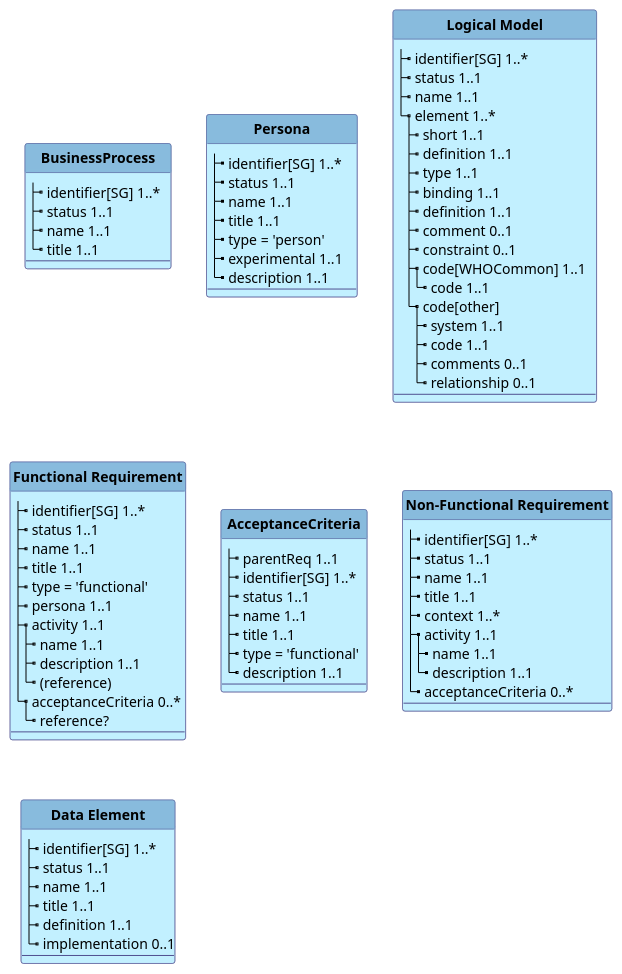
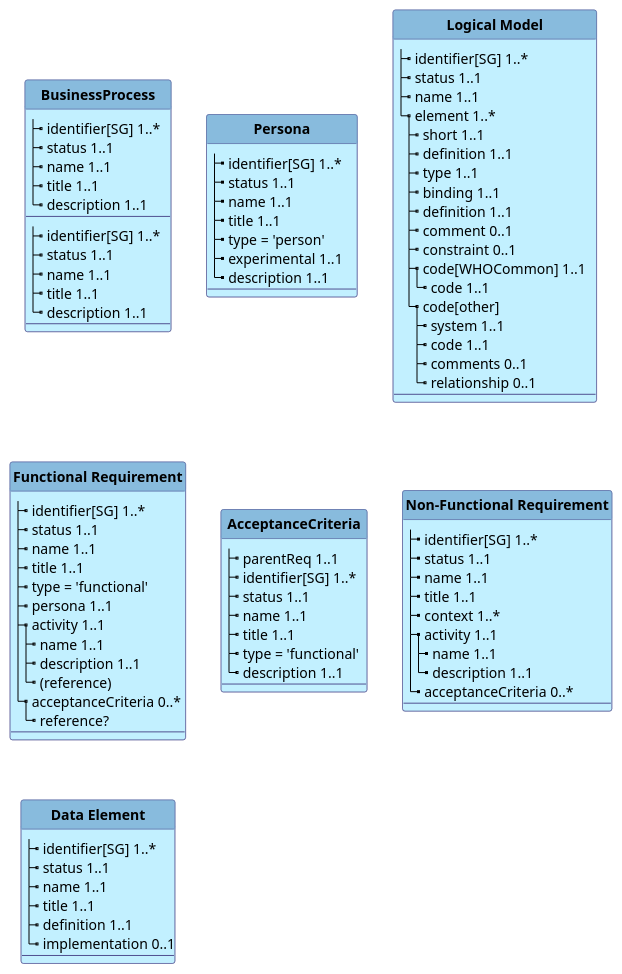
Before and after one commit to WorldHealthOrganization/smart-ig-starter-kit: the diagram in input/images-source/model_overall.plantuml, drawn with PlantUML. The commit also changed 4 other files, not shown here.

```diff
--- a/input/images-source/model_overall.plantuml
+++ b/input/images-source/model_overall.plantuml
@@ -1,120 +1,131 @@
 @startuml
 'skinparam linetype ortho
 skinparam linetype polyline
 hide circle
 hide stereotype
 
 '!pragma layout smetana
 
 skinparam class<<MD>> {
  BorderColor DarkSlateGray
  BackgroundColor WhiteSmoke
  HeaderBackgroundColor #909090
 }
 
 skinparam class<<TM>> {
  BorderColor #505090
  BackgroundColor APPLICATION
  HeaderBackgroundColor #8bd
 }
 
 class "**BusinessProcess**" as Process<<TM>> {
     |_ identifier[SG] 1..*   
     |_ status 1..1
     |_ name 1..1
     |_ title 1..1
+    |_ description 1..1
+    --
+}
+
+
+class "**BusinessProcess**" as Process<<TM>> {
+    |_ identifier[SG] 1..*   
+    |_ status 1..1
+    |_ name 1..1
+    |_ title 1..1
+    |_ description 1..1
     --
 }
 
     class "**Persona**" as Pers<<TM>> {
         |_ identifier[SG] 1..*   
         |_ status 1..1
         |_ name 1..1
         |_ title 1..1
         |_ type = 'person'
         |_ experimental 1..1    
         |_ description 1..1
         --
     }
     class "**Logical Model**" as LM<<TM>> {
         |_ identifier[SG] 1..*   
         |_ status 1..1
         |_ name 1..1
         |_ element 1..*
           |_ short 1..1
           |_ definition 1..1
           |_ type 1..1
           |_ binding 1..1
           |_ definition 1..1
           |_ comment 0..1
           |_ constraint 0..1
           |_ code[WHOCommon] 1..1   
             |_ code 1..1
           |_ code[other]
             |_ system 1..1
             |_ code 1..1
             |_ comments 0..1
             |_ relationship 0..1
         --
     }
 
 
 
     class "**Functional Requirement**" as FReq<<TM>> {
         |_ identifier[SG] 1..*   
         |_ status 1..1
         |_ name 1..1
         |_ title 1..1
         |_ type = 'functional'
         |_ persona 1..1
         |_ activity 1..1
           |_ name 1..1
           |_ description 1..1
           |_ (reference)
  '       |_ description 1..1
         |_ acceptanceCriteria 0..*
           |_ reference?
         --
     }
 
 
     class "**AcceptanceCriteria**" as AC<<TM>> {
         |_ parentReq 1..1
         |_ identifier[SG] 1..*   
         |_ status 1..1
         |_ name 1..1
         |_ title 1..1
         |_ type = 'functional'
         |_ description 1..1
         --
     }
 
 
     class "**Non-Functional Requirement**" as NFR<<TM>> {
         |_ identifier[SG] 1..*   
         |_ status 1..1
         |_ name 1..1
         |_ title 1..1
         |_ context 1..*
         |_ activity 1..1
           |_ name 1..1
           |_ description 1..1
         |_ acceptanceCriteria 0..*
         --
     }
 
 'do we capture the CQL definition for a term, if available?
 
 
     class "**Data Element**" as DE<<TM>> {
         |_ identifier[SG] 1..*   
         |_ status 1..1
         |_ name 1..1
         |_ title 1..1
         |_ definition 1..1
         |_ implementation 0..1
         --
     }
 
 
 @enduml
```
